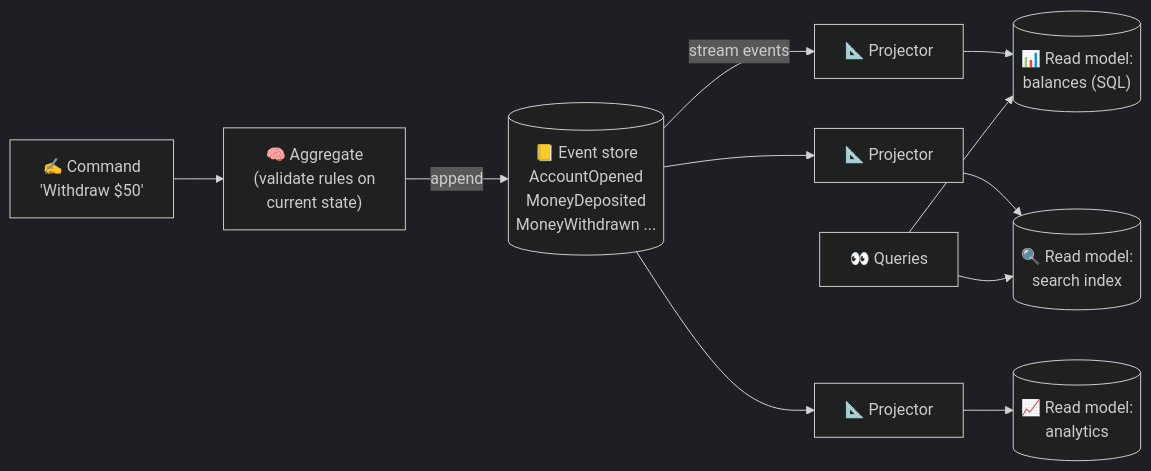
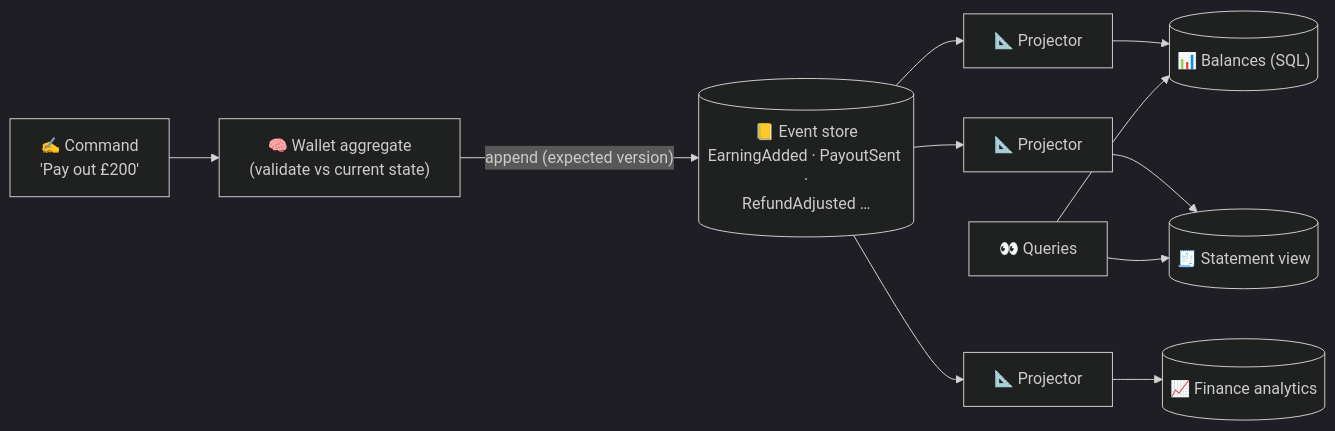
Before and after one commit to winnyboy5/System-Design-from-Atoms: the diagram in phases/10-deep-internals/089-event-sourcing-and-cqrs.md, drawn with Mermaid (dark theme). The commit also changed other lines of this file and 9 other files, not shown here.

````diff
--- a/phases/10-deep-internals/089-event-sourcing-and-cqrs.md
+++ b/phases/10-deep-internals/089-event-sourcing-and-cqrs.md
@@ -24,13 +36,10 @@
 ```mermaid
 flowchart LR
-    CMD["✍️ Command<br/>'Withdraw $50'"] --> AGG["🧠 Aggregate<br/>(validate rules on<br/>current state)"]
-    AGG -->|"append"| ES[("📒 Event store<br/>AccountOpened<br/>MoneyDeposited<br/>MoneyWithdrawn ...")]
-    ES -->|"stream events"| P1["📐 Projector"]
-    P1 --> RM1[("📊 Read model:<br/>balances (SQL)")]
-    ES --> P2["📐 Projector"]
-    P2 --> RM2[("🔍 Read model:<br/>search index")]
-    ES --> P3["📐 Projector"]
-    P3 --> RM3[("📈 Read model:<br/>analytics")]
+    CMD["✍️ Command<br/>'Pay out £200'"] --> AGG["🧠 Wallet aggregate<br/>(validate vs current state)"]
+    AGG -->|"append (expected version)"| ES[("📒 Event store<br/>EarningAdded · PayoutSent ·<br/>RefundAdjusted …")]
+    ES --> P1["📐 Projector"] --> RM1[("📊 Balances (SQL)")]
+    ES --> P2["📐 Projector"] --> RM2[("🧾 Statement view")]
+    ES --> P3["📐 Projector"] --> RM3[("📈 Finance analytics")]
     Q["👀 Queries"] --> RM1
     Q --> RM2
 ```
````
